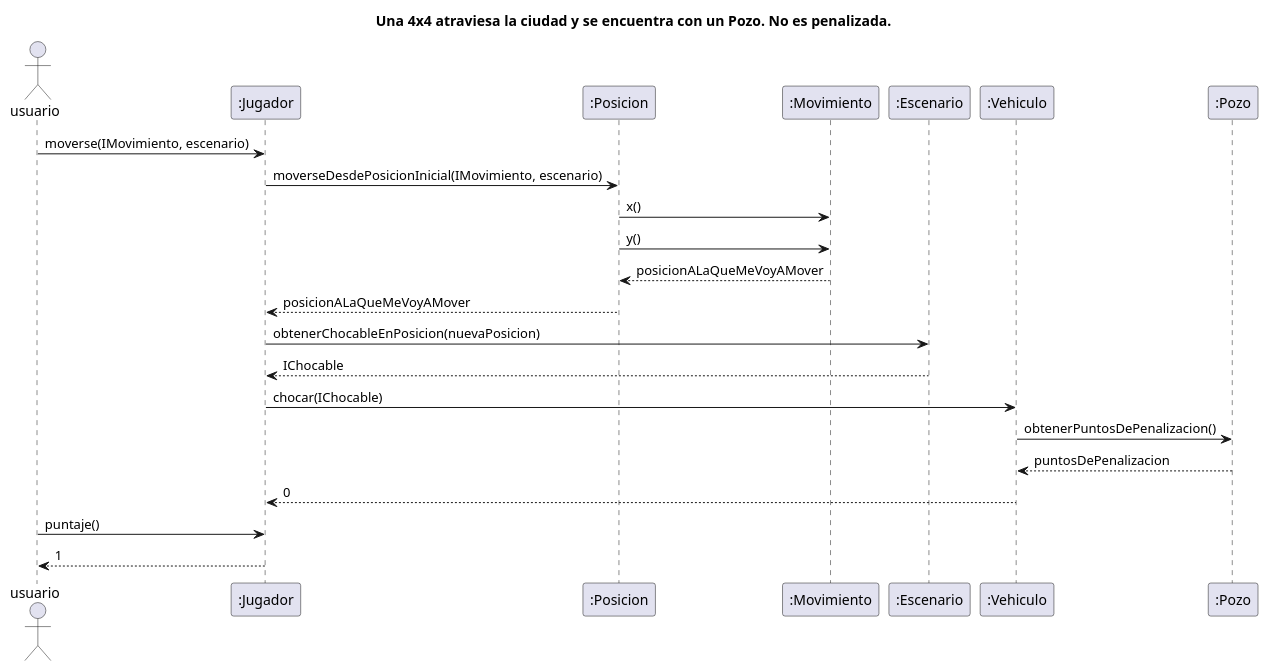
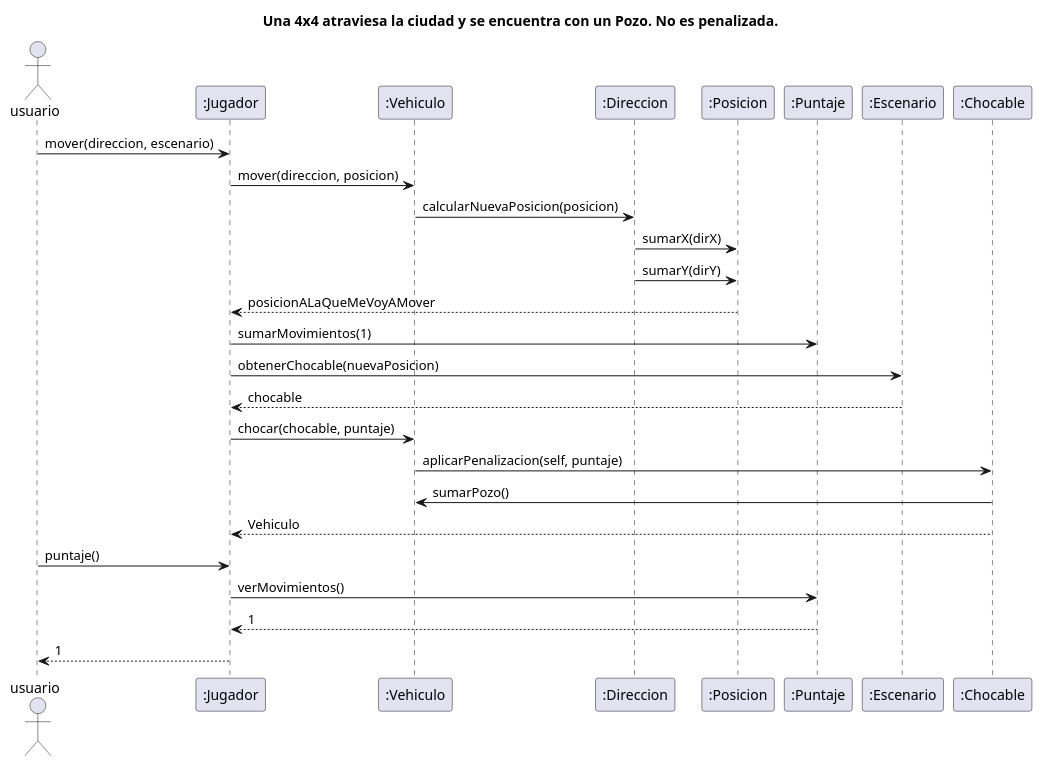
The diagram in diagrams/sequences/todoterreno_choca_pozo.puml (NestorPala/T17-GPSChallenge), drawn with PlantUML before and after one commit. The commit also changed 3 other files, not shown here.

Commit message:
Actualizo diagramas de clases y secuencia

```diff
--- a/diagrams/sequences/todoterreno_choca_pozo.puml
+++ b/diagrams/sequences/todoterreno_choca_pozo.puml
@@ -1,20 +1,24 @@
 @startuml
 title Una 4x4 atraviesa la ciudad y se encuentra con un Pozo. No es penalizada.
 Actor usuario
 
-"usuario" -> ":Jugador": moverse(IMovimiento, escenario)
-":Jugador" -> ":Posicion": moverseDesdePosicionInicial(IMovimiento, escenario)
-":Posicion" -> ":Movimiento": x()
-":Posicion" -> ":Movimiento": y()
-return posicionALaQueMeVoyAMover
+"usuario" -> ":Jugador": mover(direccion, escenario)
+":Jugador" -> ":Vehiculo": mover(direccion, posicion)
+":Vehiculo" -> ":Direccion": calcularNuevaPosicion(posicion)
+":Direccion" -> ":Posicion": sumarX(dirX)
+":Direccion" -> ":Posicion": sumarY(dirY)
 ":Posicion" --> ":Jugador": posicionALaQueMeVoyAMover
-":Jugador" -> ":Escenario": obtenerChocableEnPosicion(nuevaPosicion)
-":Escenario" --> ":Jugador": IChocable
-":Jugador" -> ":Vehiculo": chocar(IChocable)
-":Vehiculo" -> ":Pozo": obtenerPuntosDePenalizacion()
-return puntosDePenalizacion
-":Vehiculo" --> ":Jugador": 0
+":Jugador" -> ":Puntaje": sumarMovimientos(1)
+":Jugador" -> ":Escenario": obtenerChocable(nuevaPosicion)
+":Escenario" --> ":Jugador": chocable
+":Jugador" -> ":Vehiculo": chocar(chocable, puntaje)
+":Vehiculo" -> ":Chocable": aplicarPenalizacion(self, puntaje)
+":Chocable" -> ":Vehiculo" : sumarPozo()
+":Chocable" --> ":Jugador" : Vehiculo
+
 "usuario" -> ":Jugador": puntaje()
+":Jugador" -> ":Puntaje": verMovimientos()
 return 1
+":Jugador" --> "usuario" : 1
 
 @enduml
```
